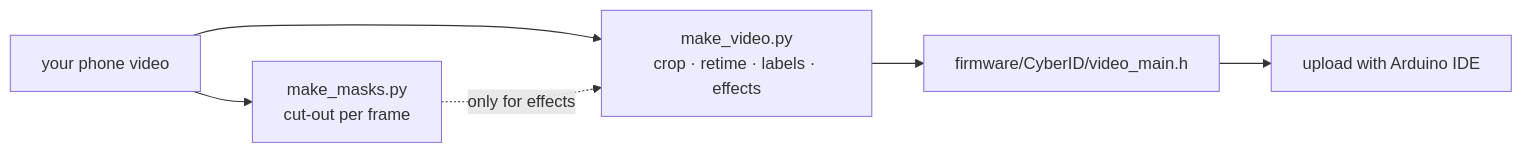
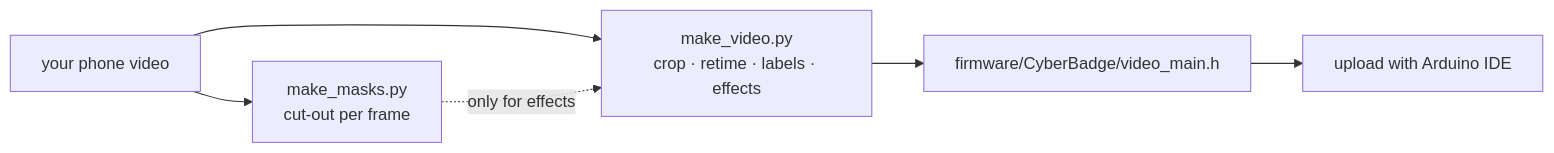
One commit to engineerdiaa/cyber-badge changed the second of 2 diagrams in README.md. Above: the diagram before and after it, drawn with Mermaid. The commit also changed other lines of this file and 12 other files, not shown here.

First line of the commit message:
Rename the project to Cyber Badge

````diff
--- a/README.md
+++ b/README.md
@@ -72,8 +72,8 @@
 ```mermaid
 flowchart LR
     MP4["your phone video"] --> MASK["make_masks.py<br/>cut-out per frame"]
     MP4 --> MV["make_video.py<br/>crop · retime · labels · effects"]
     MASK -. "only for effects" .-> MV
-    MV --> H["firmware/CyberID/video_main.h"]
+    MV --> H["firmware/CyberBadge/video_main.h"]
     H --> FLASH["upload with Arduino IDE"]
 ```
````
